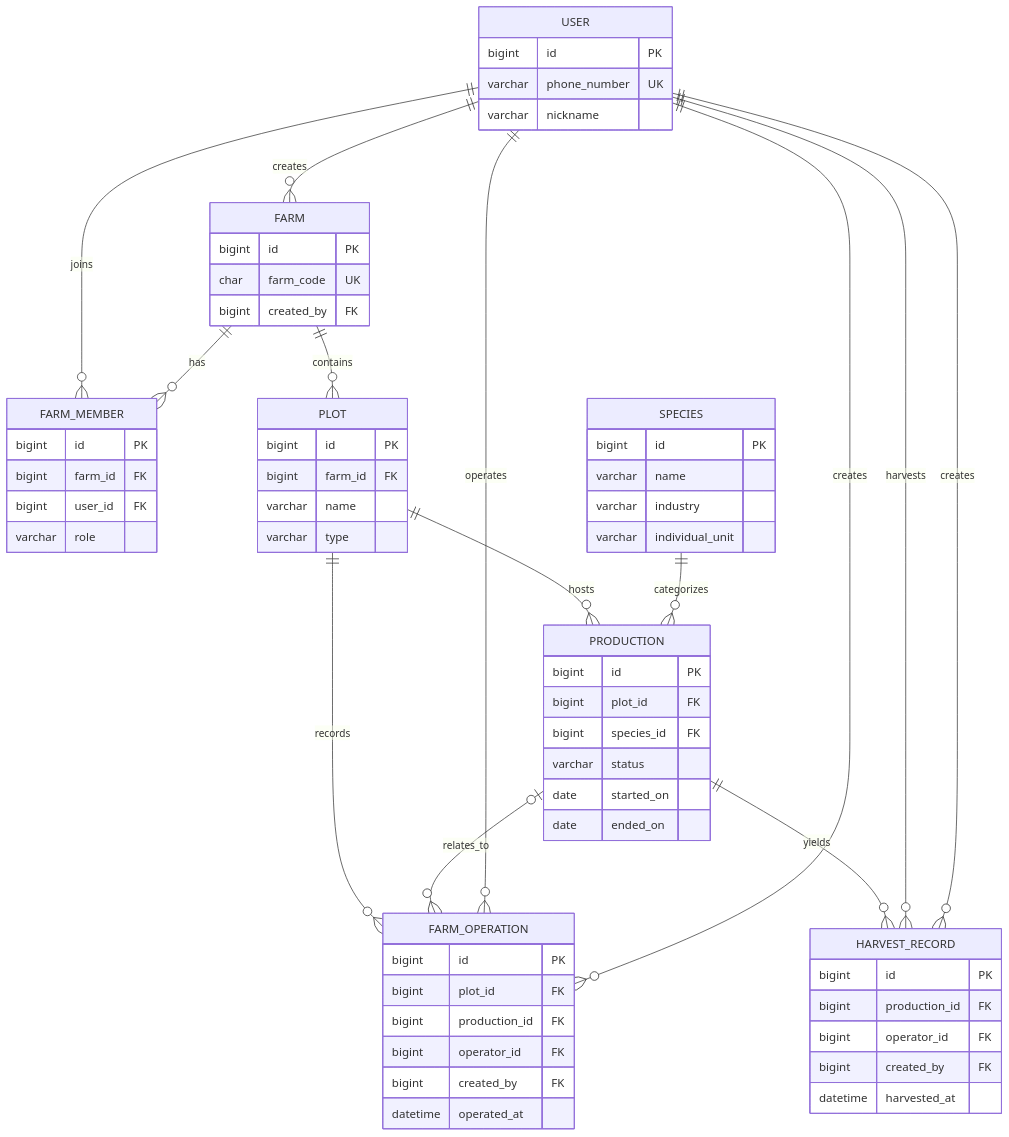
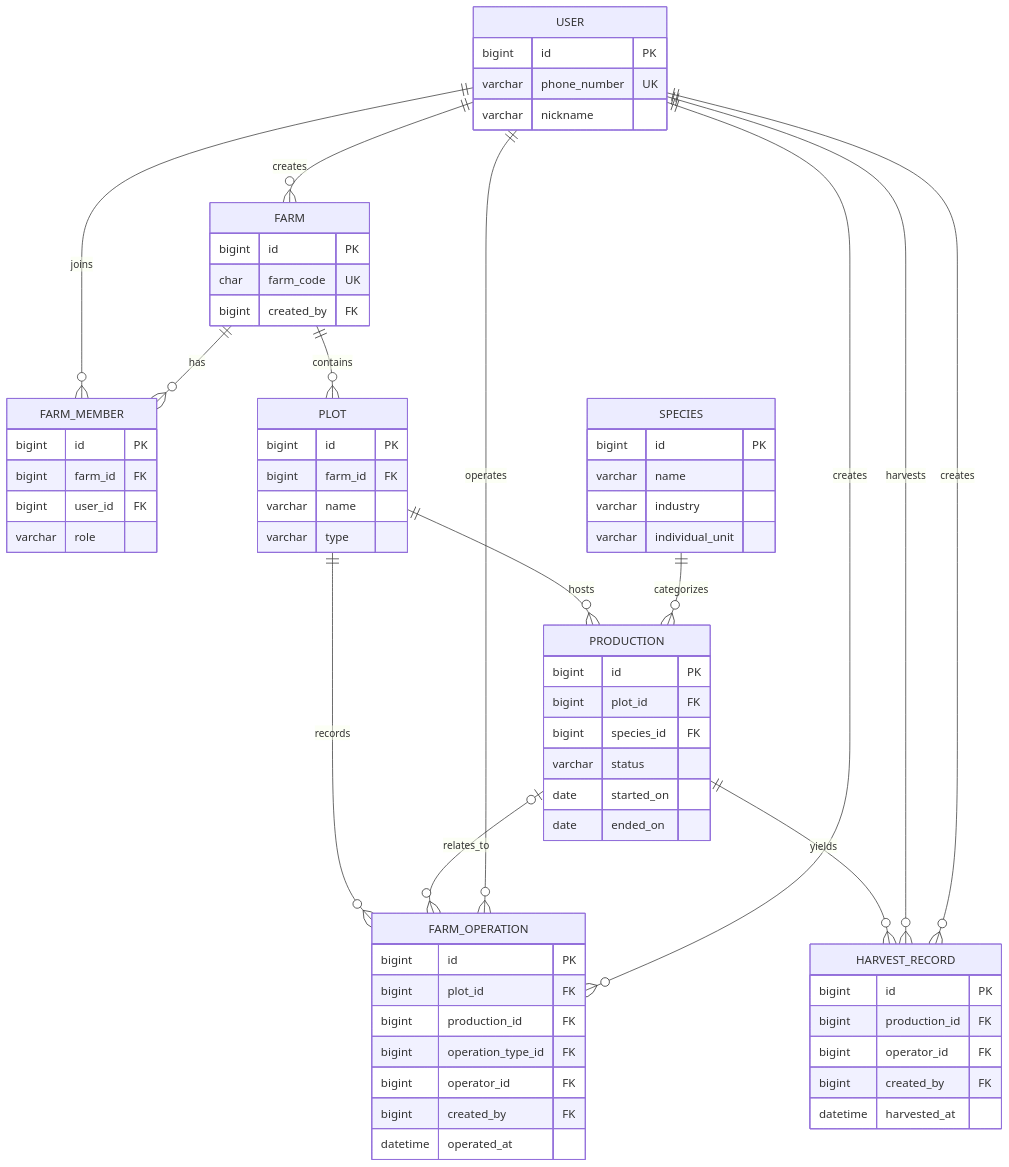
Before and after one commit to wungjyan/pocket-farm: the diagram in docs/mvp/02-domain-model.md, drawn with Mermaid. The commit also changed other lines of this file and 28 other files, not shown here.

````diff
--- a/docs/mvp/02-domain-model.md
+++ b/docs/mvp/02-domain-model.md
@@ -7,68 +7,69 @@
 ```mermaid
 erDiagram
     USER ||--o{ FARM : creates
     USER ||--o{ FARM_MEMBER : joins
     FARM ||--o{ FARM_MEMBER : has
     FARM ||--o{ PLOT : contains
     PLOT ||--o{ PRODUCTION : hosts
     SPECIES ||--o{ PRODUCTION : categorizes
     PLOT ||--o{ FARM_OPERATION : records
     PRODUCTION o|--o{ FARM_OPERATION : relates_to
     PRODUCTION ||--o{ HARVEST_RECORD : yields
     USER ||--o{ FARM_OPERATION : operates
     USER ||--o{ FARM_OPERATION : creates
     USER ||--o{ HARVEST_RECORD : harvests
     USER ||--o{ HARVEST_RECORD : creates
 
     USER {
         bigint id PK
         varchar phone_number UK
         varchar nickname
     }
     FARM {
         bigint id PK
         char farm_code UK
         bigint created_by FK
     }
     FARM_MEMBER {
         bigint id PK
         bigint farm_id FK
         bigint user_id FK
         varchar role
     }
     PLOT {
         bigint id PK
         bigint farm_id FK
         varchar name
         varchar type
     }
     SPECIES {
         bigint id PK
         varchar name
         varchar industry
         varchar individual_unit
     }
     PRODUCTION {
         bigint id PK
         bigint plot_id FK
         bigint species_id FK
         varchar status
         date started_on
         date ended_on
     }
     FARM_OPERATION {
         bigint id PK
         bigint plot_id FK
         bigint production_id FK
+        bigint operation_type_id FK
         bigint operator_id FK
         bigint created_by FK
         datetime operated_at
     }
     HARVEST_RECORD {
         bigint id PK
         bigint production_id FK
         bigint operator_id FK
         bigint created_by FK
         datetime harvested_at
     }
 ```
````
